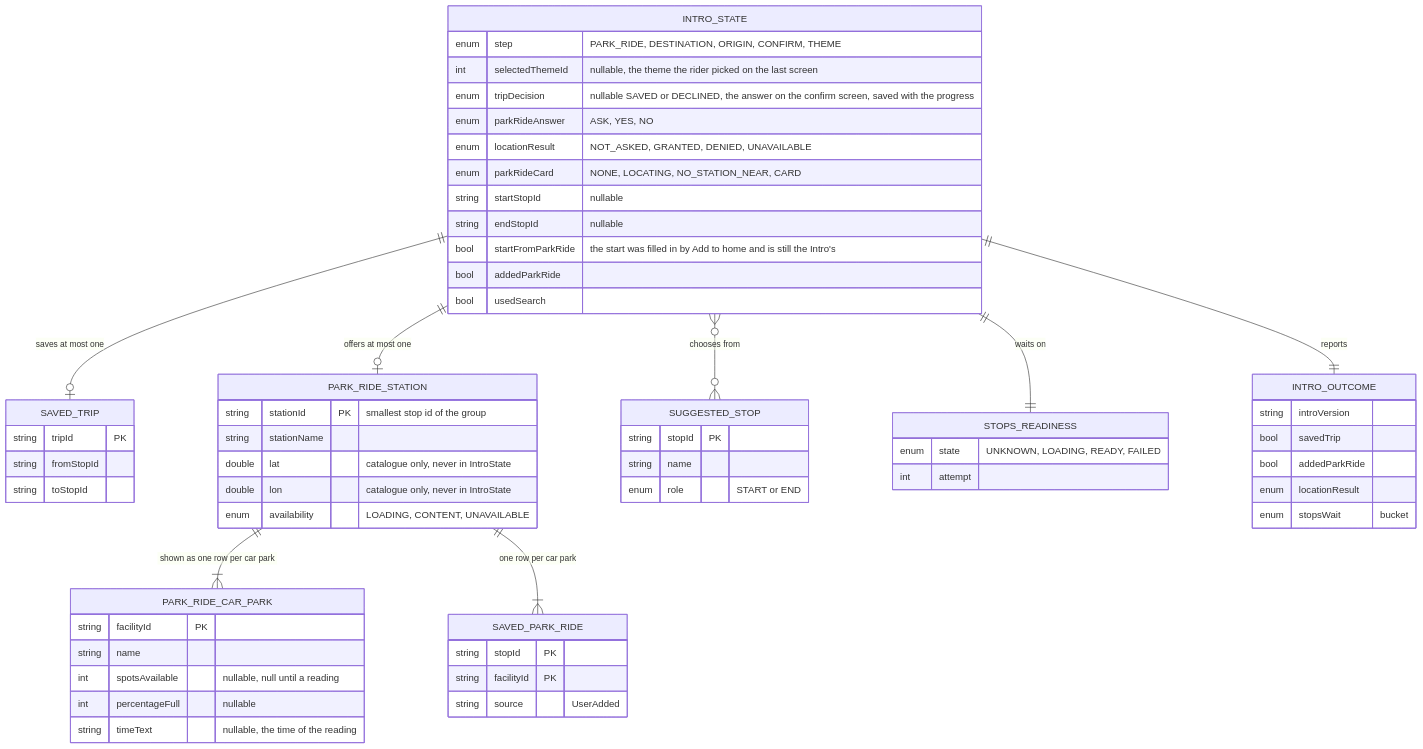
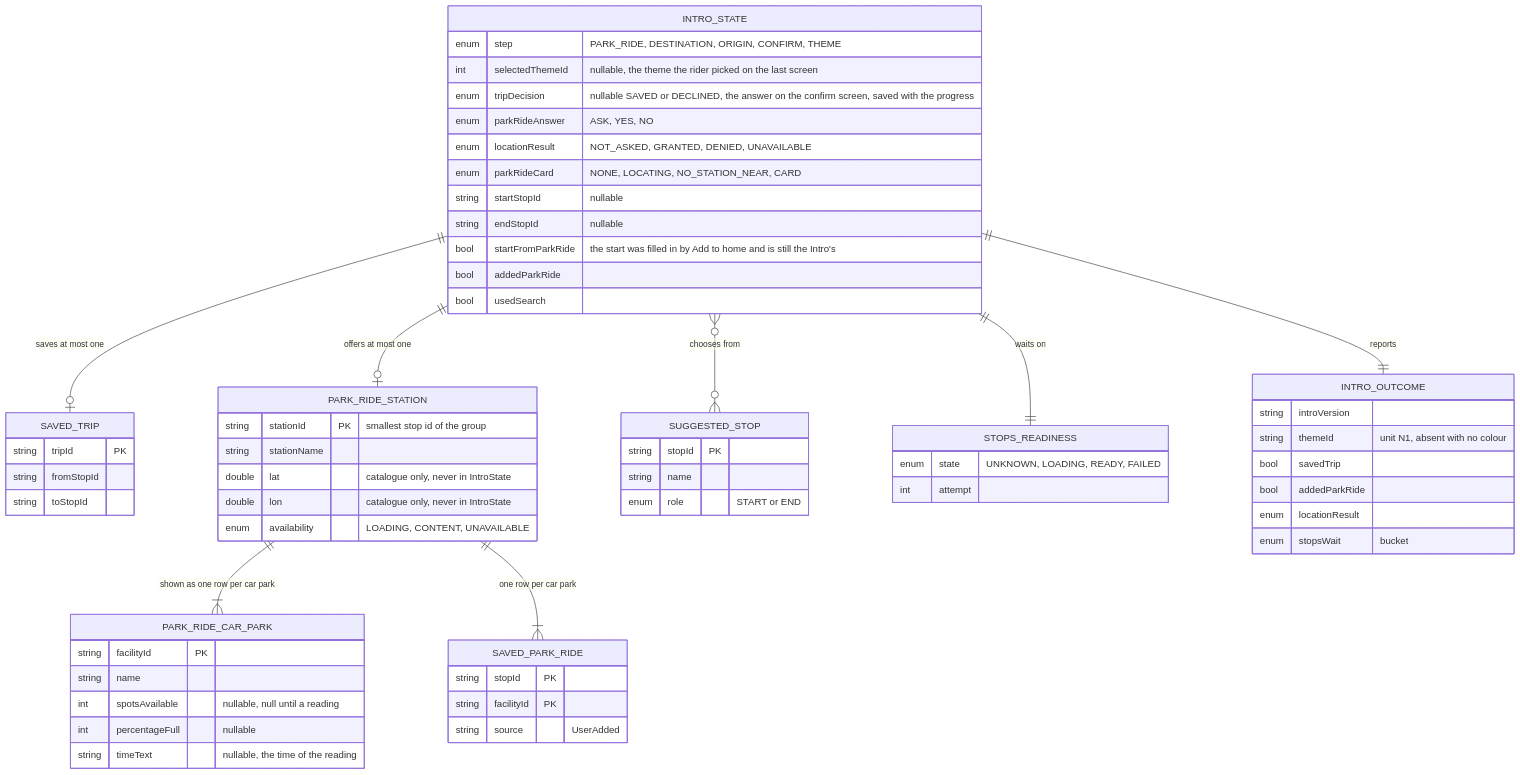
The first of 4 diagrams in docs/features/intro/ERD.md (ksharma-xyz/KRAIL), drawn with Mermaid before and after one commit. The commit also changed other lines of this file and 20 other files, not shown here.

````diff
--- a/docs/features/intro/ERD.md
+++ b/docs/features/intro/ERD.md
@@ -36,63 +36,64 @@
 ```mermaid
 erDiagram
     INTRO_STATE ||--o| SAVED_TRIP : "saves at most one"
     INTRO_STATE ||--o| PARK_RIDE_STATION : "offers at most one"
     PARK_RIDE_STATION ||--|{ PARK_RIDE_CAR_PARK : "shown as one row per car park"
     PARK_RIDE_STATION ||--|{ SAVED_PARK_RIDE : "one row per car park"
     INTRO_STATE }o--o{ SUGGESTED_STOP : "chooses from"
     INTRO_STATE ||--|| STOPS_READINESS : "waits on"
     INTRO_STATE ||--|| INTRO_OUTCOME : "reports"
     INTRO_STATE {
         enum step "PARK_RIDE, DESTINATION, ORIGIN, CONFIRM, THEME"
         int selectedThemeId "nullable, the theme the rider picked on the last screen"
         enum tripDecision "nullable SAVED or DECLINED, the answer on the confirm screen, saved with the progress"
         enum parkRideAnswer "ASK, YES, NO"
         enum locationResult "NOT_ASKED, GRANTED, DENIED, UNAVAILABLE"
         enum parkRideCard "NONE, LOCATING, NO_STATION_NEAR, CARD"
         string startStopId "nullable"
         string endStopId "nullable"
         bool startFromParkRide "the start was filled in by Add to home and is still the Intro's"
         bool addedParkRide
         bool usedSearch
     }
     SUGGESTED_STOP {
         string stopId PK
         string name
         enum role "START or END"
     }
     PARK_RIDE_STATION {
         string stationId PK "smallest stop id of the group"
         string stationName
         double lat "catalogue only, never in IntroState"
         double lon "catalogue only, never in IntroState"
         enum availability "LOADING, CONTENT, UNAVAILABLE"
     }
     PARK_RIDE_CAR_PARK {
         string facilityId PK
         string name
         int spotsAvailable "nullable, null until a reading"
         int percentageFull "nullable"
         string timeText "nullable, the time of the reading"
     }
     SAVED_PARK_RIDE {
         string stopId PK
         string facilityId PK
         string source "UserAdded"
     }
     SAVED_TRIP {
         string tripId PK
         string fromStopId
         string toStopId
     }
     STOPS_READINESS {
         enum state "UNKNOWN, LOADING, READY, FAILED"
         int attempt
     }
     INTRO_OUTCOME {
         string introVersion
+        string themeId "unit N1, absent with no colour"
         bool savedTrip
         bool addedParkRide
         enum locationResult
         enum stopsWait "bucket"
     }
 ```
````
